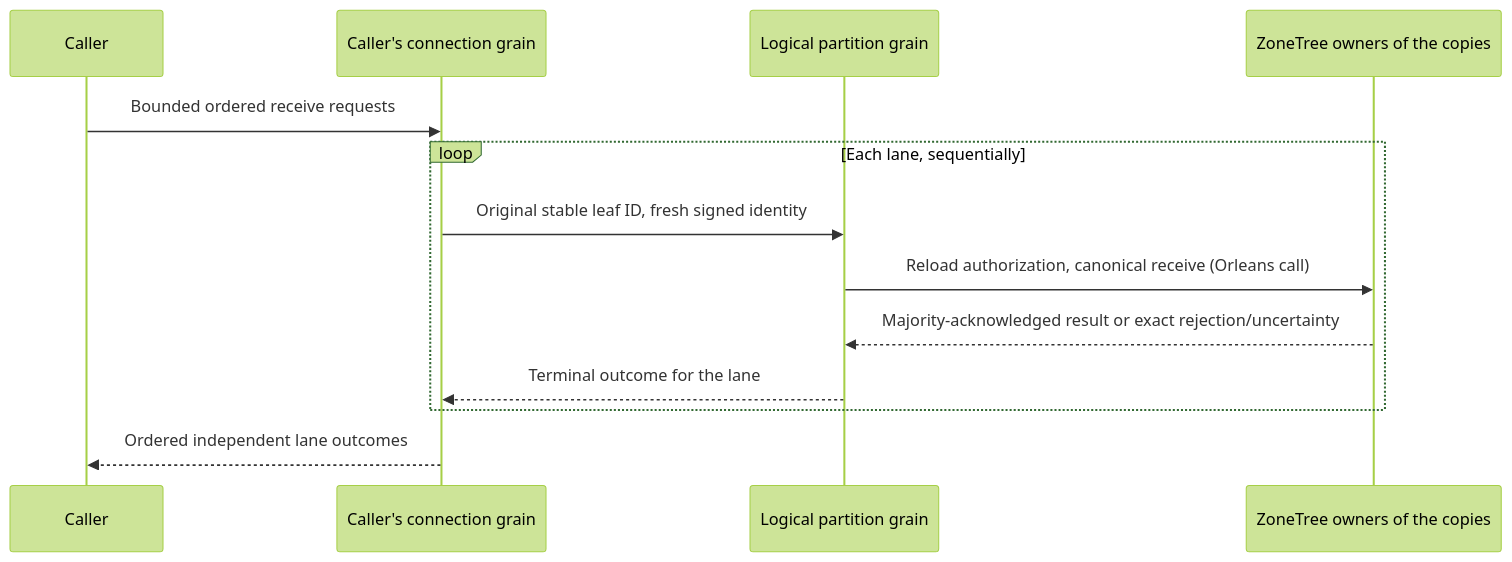
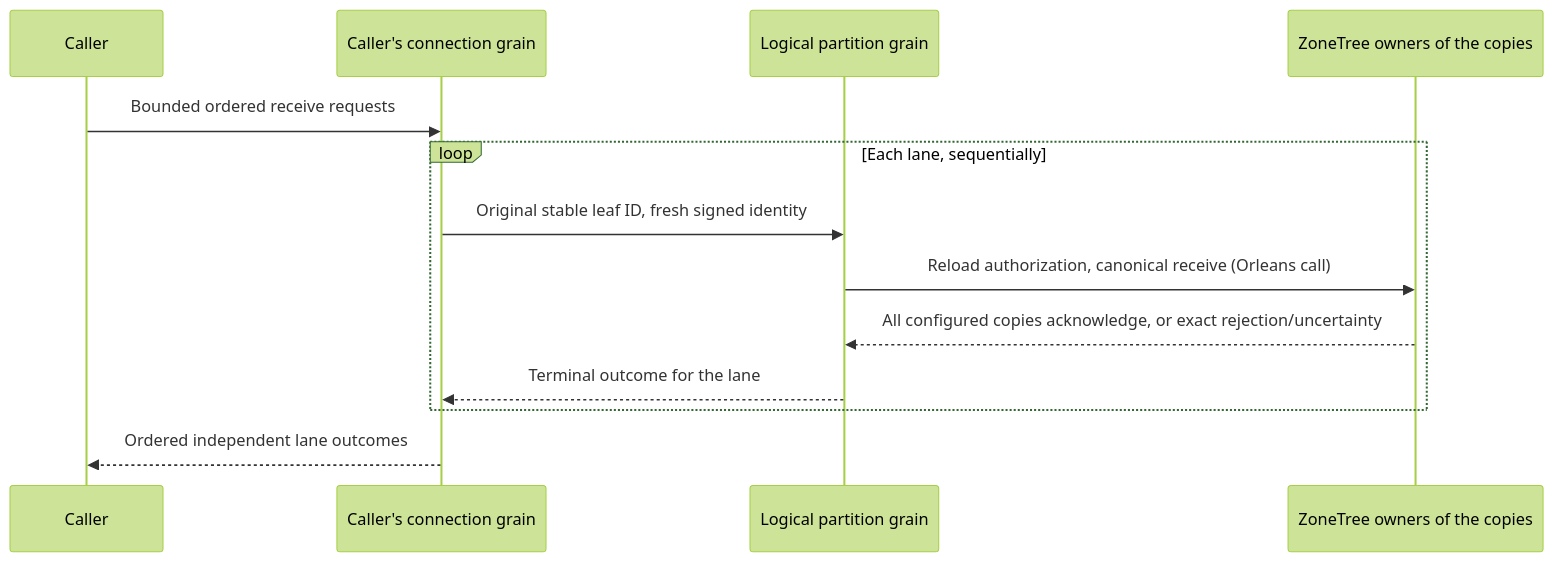
Before and after one commit to managedcode/KeyLoad: the second of 4 diagrams in docs/Features/Messaging.md, drawn with Mermaid (forest theme). The commit also changed 685 other files, not shown here.

````diff
--- a/docs/Features/Messaging.md
+++ b/docs/Features/Messaging.md
@@ -98,15 +98,15 @@
 ```mermaid
 sequenceDiagram
     participant Caller
     participant C as Caller's connection grain
     participant P as Logical partition grain
     participant Z as ZoneTree owners of the copies
     Caller->>C: Bounded ordered receive requests
     loop Each lane, sequentially
         C->>P: Original stable leaf ID, fresh signed identity
         P->>Z: Reload authorization, canonical receive (Orleans call)
-        Z-->>P: Majority-acknowledged result or exact rejection/uncertainty
+        Z-->>P: All configured copies acknowledge, or exact rejection/uncertainty
         P-->>C: Terminal outcome for the lane
     end
     C-->>Caller: Ordered independent lane outcomes
 ```
````
